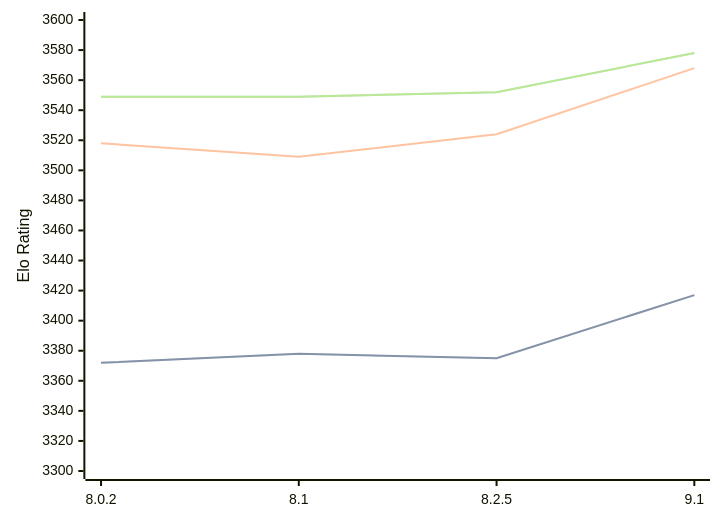
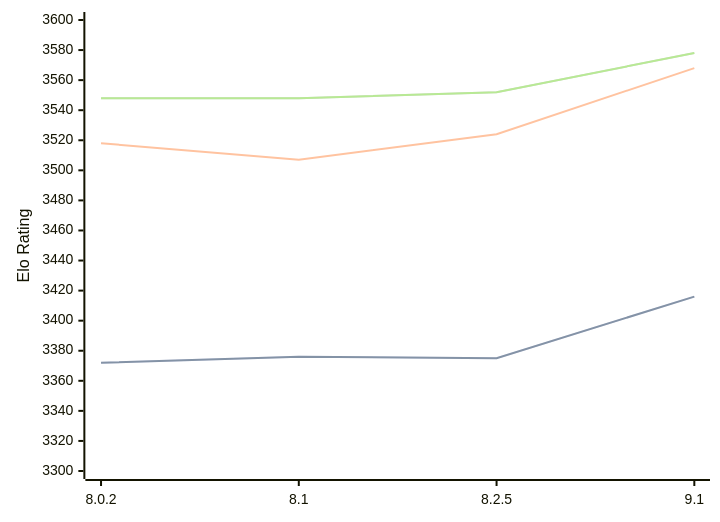
One commit to computer-chess-index/cci changed the diagram in engines/Clover.md. Above: the diagram before and after it, drawn with Mermaid. The commit also changed other lines of this file, not shown here.

Commit message:
Update CCI Ratings (ELO VLTC) - 2026-03-17

````diff
--- a/engines/Clover.md
+++ b/engines/Clover.md
@@ -62,11 +62,11 @@
 ```mermaid
 %%{init: {"theme":"base","themeVariables":{"seriesColors:['#a3a3a3','#222221','#faa371']}}}%%
 xychart-beta
   x-axis ["8.0.2", "8.1", "8.2.5", "9.1"]
   y-axis "Elo Rating" 3300 --> 3600
-  line "STC (8.0+0.08s)" [3372, 3378, 3375, 3417]
-  line "STC (8.0+0.08s)" [3372, 3378, 3375, 3417]
-  line "LTC (60.0+0.60s)" [3518, 3509, 3524, 3568]
-  line "VLTC (2m24s+1.12s)" [3549, 3549, 3552, 3578]
-  line "VLTC (2m24s+1.12s)" [3549, 3549, 3552, 3578]
+  line "STC (8.0+0.08s)" [3372, 3376, 3375, 3416]
+  line "STC (8.0+0.08s)" [3372, 3376, 3375, 3416]
+  line "LTC (60.0+0.60s)" [3518, 3507, 3524, 3568]
+  line "VLTC (2m24s+1.12s)" [3548, 3548, 3552, 3578]
+  line "VLTC (2m24s+1.12s)" [3548, 3548, 3552, 3578]
 ```
````
